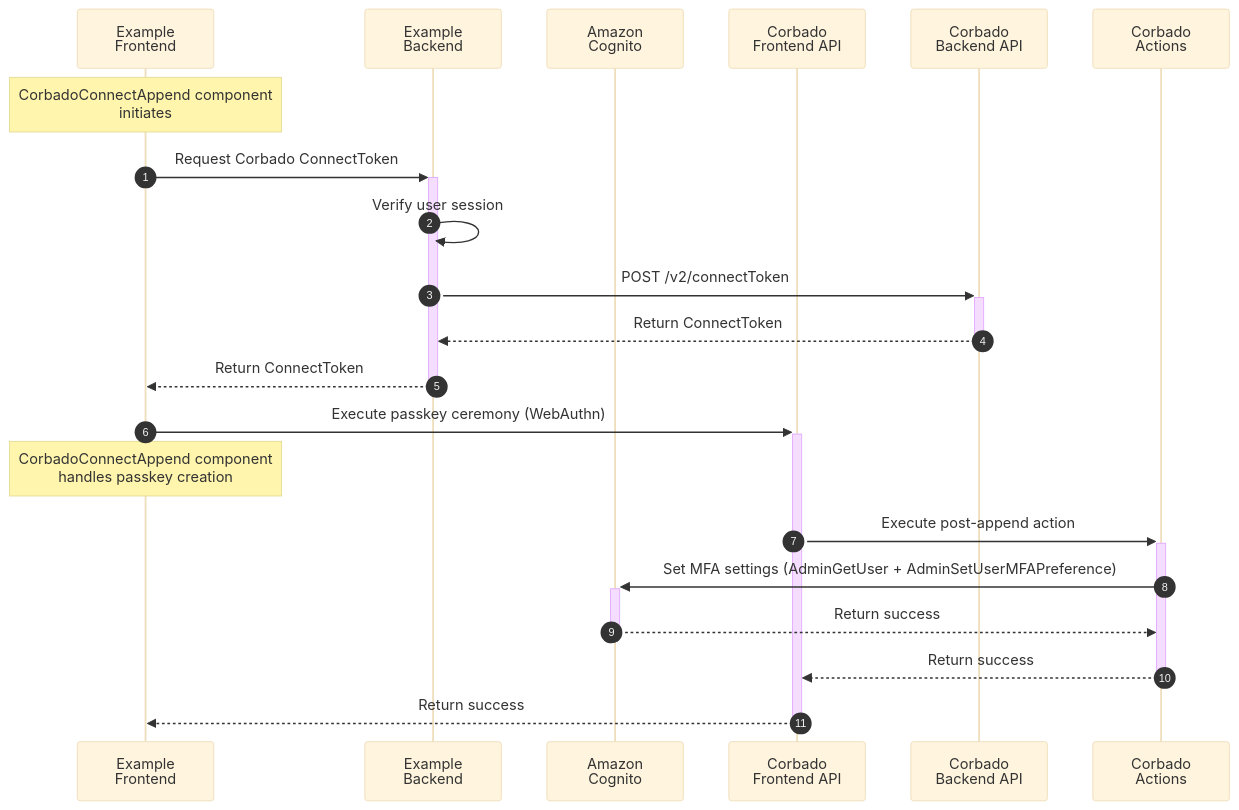
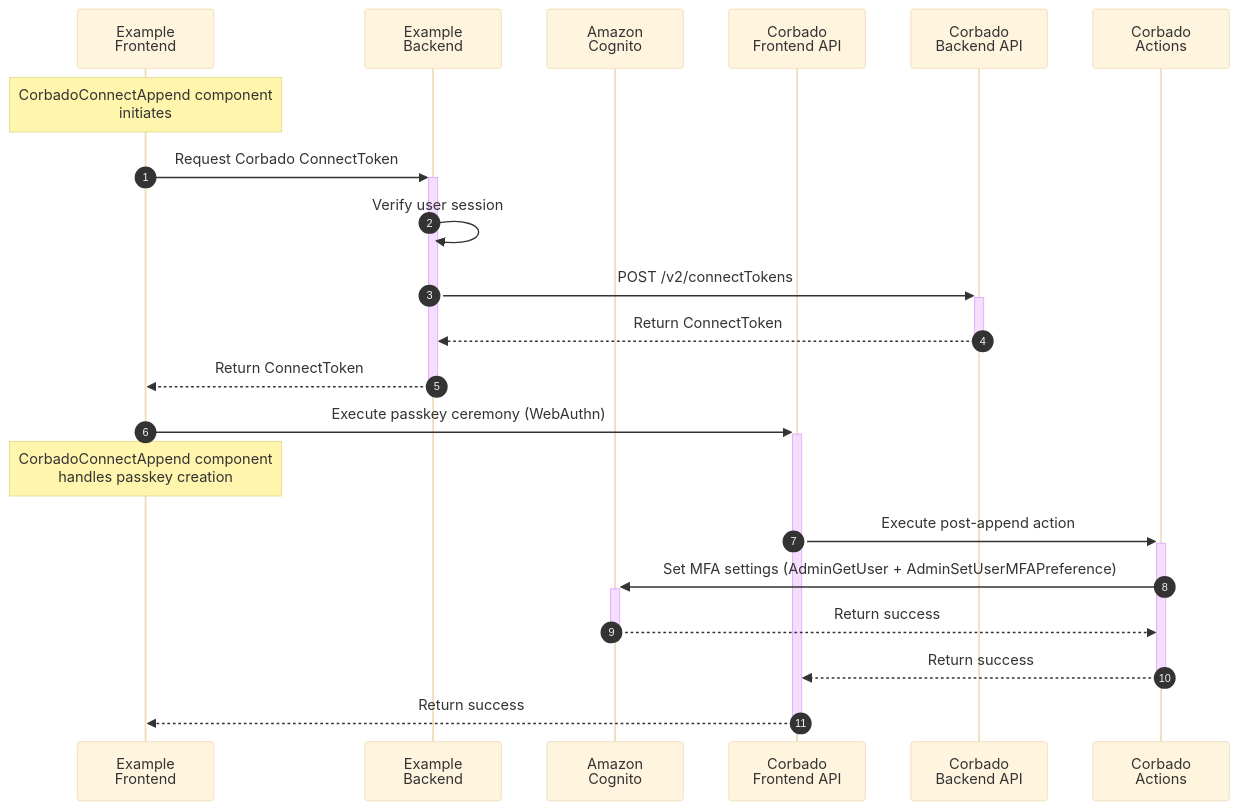
The first of 3 diagrams in corbado-connect/integration/cognito.mdx (corbadotech/docs), drawn with Mermaid (base theme) before and after one commit. The commit also changed other lines of this file, not shown here.

Commit message:
More fixes

````diff
--- a/corbado-connect/integration/cognito.mdx
+++ b/corbado-connect/integration/cognito.mdx
@@ -48,25 +48,25 @@
 ```mermaid
 sequenceDiagram
     autonumber
     participant ExampleFrontend as Example<br />Frontend
     participant ExampleBackend as Example<br />Backend
     participant Cognito as Amazon<br />Cognito
     participant FAPI as Corbado<br />Frontend API
     participant BAPI as Corbado<br />Backend API
     participant Actions as Corbado<br />Actions
 
     Note over ExampleFrontend: CorbadoConnectAppend component<br />initiates
     ExampleFrontend->>+ExampleBackend: Request Corbado ConnectToken
     ExampleBackend->>ExampleBackend: Verify user session
-    ExampleBackend->>+BAPI: POST /v2/connectToken
+    ExampleBackend->>+BAPI: POST /v2/connectTokens
     BAPI-->>-ExampleBackend: Return ConnectToken
     ExampleBackend-->>-ExampleFrontend: Return ConnectToken
 
     ExampleFrontend->>+FAPI: Execute passkey ceremony (WebAuthn)
     Note over ExampleFrontend: CorbadoConnectAppend component<br />handles passkey creation
     FAPI->>+Actions: Execute post-append action
     Actions->>+Cognito: Set MFA settings (AdminGetUser + AdminSetUserMFAPreference)
     Cognito-->>-Actions: Return success
     Actions-->>-FAPI: Return success
     FAPI-->>-ExampleFrontend: Return success
 ```
````
